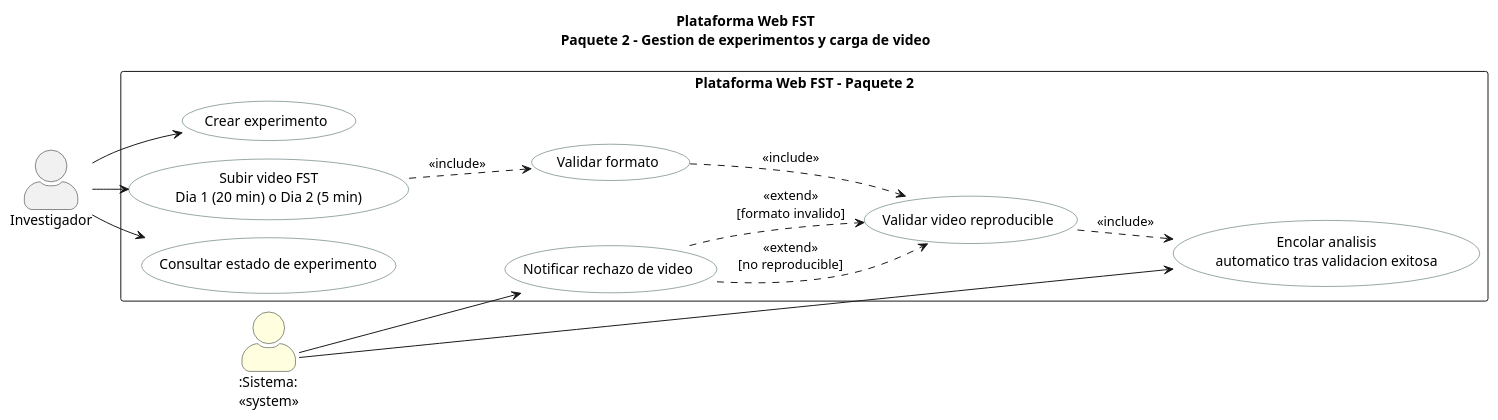
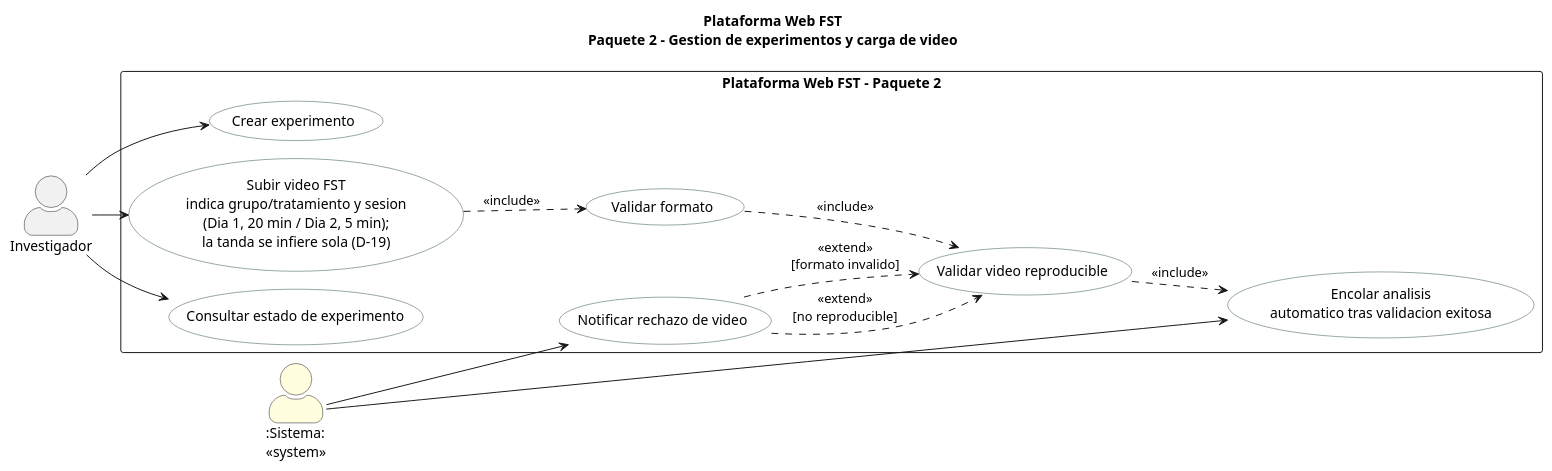
One commit to ErickJester/fst-ai-system-latex changed the diagram in diagramas/puml/cu_paquete2.puml. Above: the diagram before and after it, drawn with PlantUML. The commit also changed 7 other files, not shown here.

First line of the commit message:
Corregir los 6 diagramas de casos de uso y sus textos contra el modelo vigente

```diff
--- a/diagramas/puml/cu_paquete2.puml
+++ b/diagramas/puml/cu_paquete2.puml
@@ -1,32 +1,32 @@
 @startuml
 !pragma layout smetana
 title Plataforma Web FST\nPaquete 2 - Gestion de experimentos y carga de video
 left to right direction
 skinparam packageStyle rectangle
 skinparam actorStyle awesome
 skinparam usecase {
   BackgroundColor White
   BorderColor DarkSlateGray
 }
 actor "Investigador" as INV
 actor ":Sistema:\n<<system>>" as SYS #LightYellow
 rectangle "Plataforma Web FST - Paquete 2" {
   usecase "Crear experimento" as UC21
-  usecase "Subir video FST\nDia 1 (20 min) o Dia 2 (5 min)" as UC22
+  usecase "Subir video FST\nindica grupo/tratamiento y sesion\n(Dia 1, 20 min / Dia 2, 5 min);\nla tanda se infiere sola (D-19)" as UC22
   usecase "Validar formato" as UC23
   usecase "Validar video reproducible" as UC24
   usecase "Encolar analisis\nautomatico tras validacion exitosa" as UC25
   usecase "Notificar rechazo de video" as UC26
   usecase "Consultar estado de experimento" as UC27
 }
 INV --> UC21
 INV --> UC22
 INV --> UC27
 SYS --> UC25
 SYS --> UC26
 UC22 ..> UC23 : <<include>>
 UC23 ..> UC24 : <<include>>
 UC24 ..> UC25 : <<include>>
 UC26 ..> UC24 : <<extend>>\n[no reproducible]
 UC26 ..> UC24 : <<extend>>\n[formato invalido]
 @enduml
```
